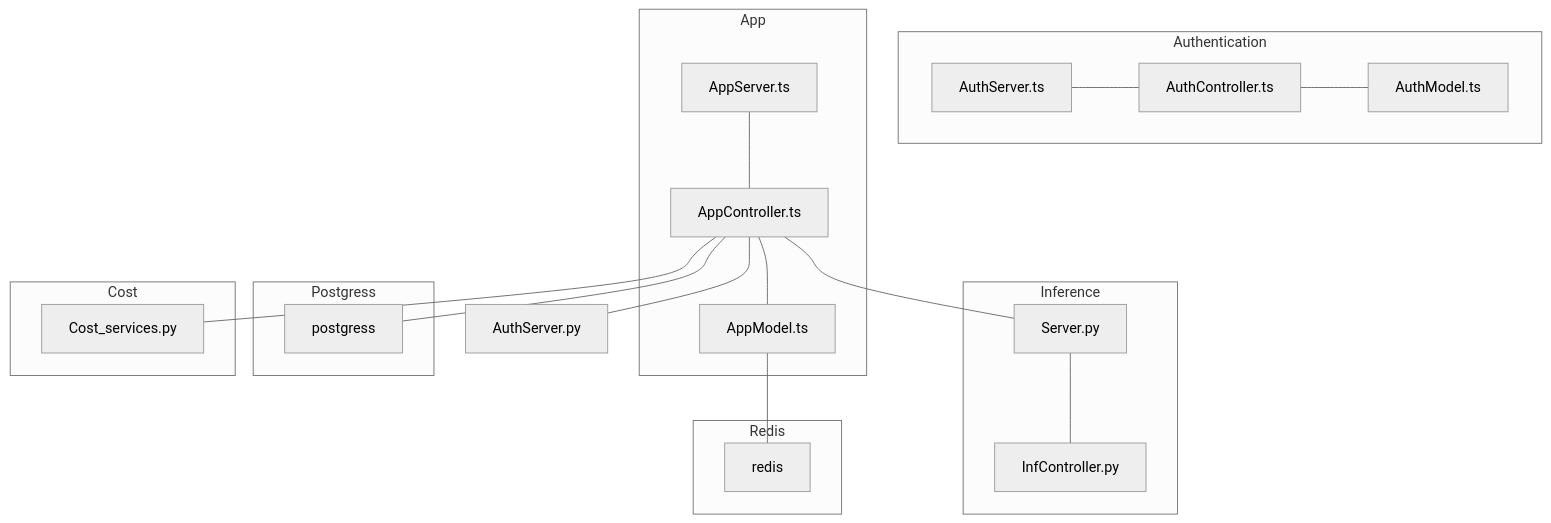
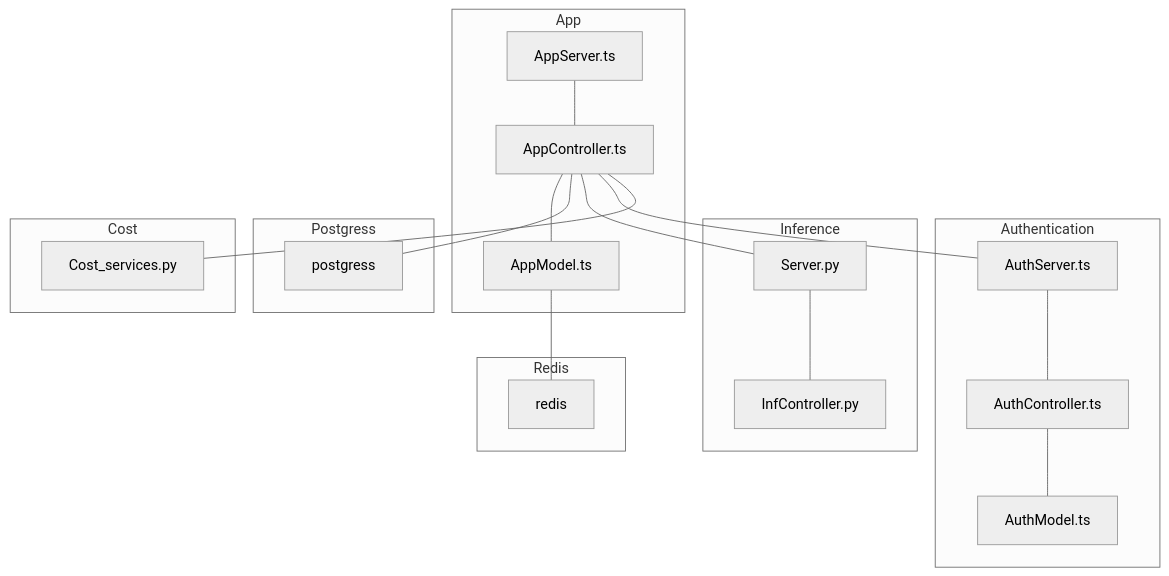
Before and after one commit to AgneseBruglia/PA2024: the second of 16 diagrams in README.md, drawn with Mermaid (neutral theme).

````diff
--- a/README.md
+++ b/README.md
@@ -54,39 +54,39 @@
 ```mermaid
 graph TD;
 
     subgraph Redis
     redis
     end
 
     subgraph Authentication
     AuthServer.ts --- AuthController.ts
     AuthController.ts 
     AuthModel.ts 
     AuthController.ts --- AuthModel.ts
     end
 
     subgraph Inference
     Server.py --- InfController.py
     InfController.py
     end
 
     subgraph App
     AppServer.ts --- AppController.ts
     AppController.ts --- AppModel.ts
     end
 
     subgraph Postgress
     postgress
     end
 
     subgraph Cost
     Cost_services.py
     end
 
     AppModel.ts --- redis
     AppController.ts --- postgress
     AppController.ts --- Server.py
-    AppController.ts --- AuthServer.py
+    AppController.ts --- AuthServer.ts
     AppController.ts --- Cost_services.py
 
 ```
````
